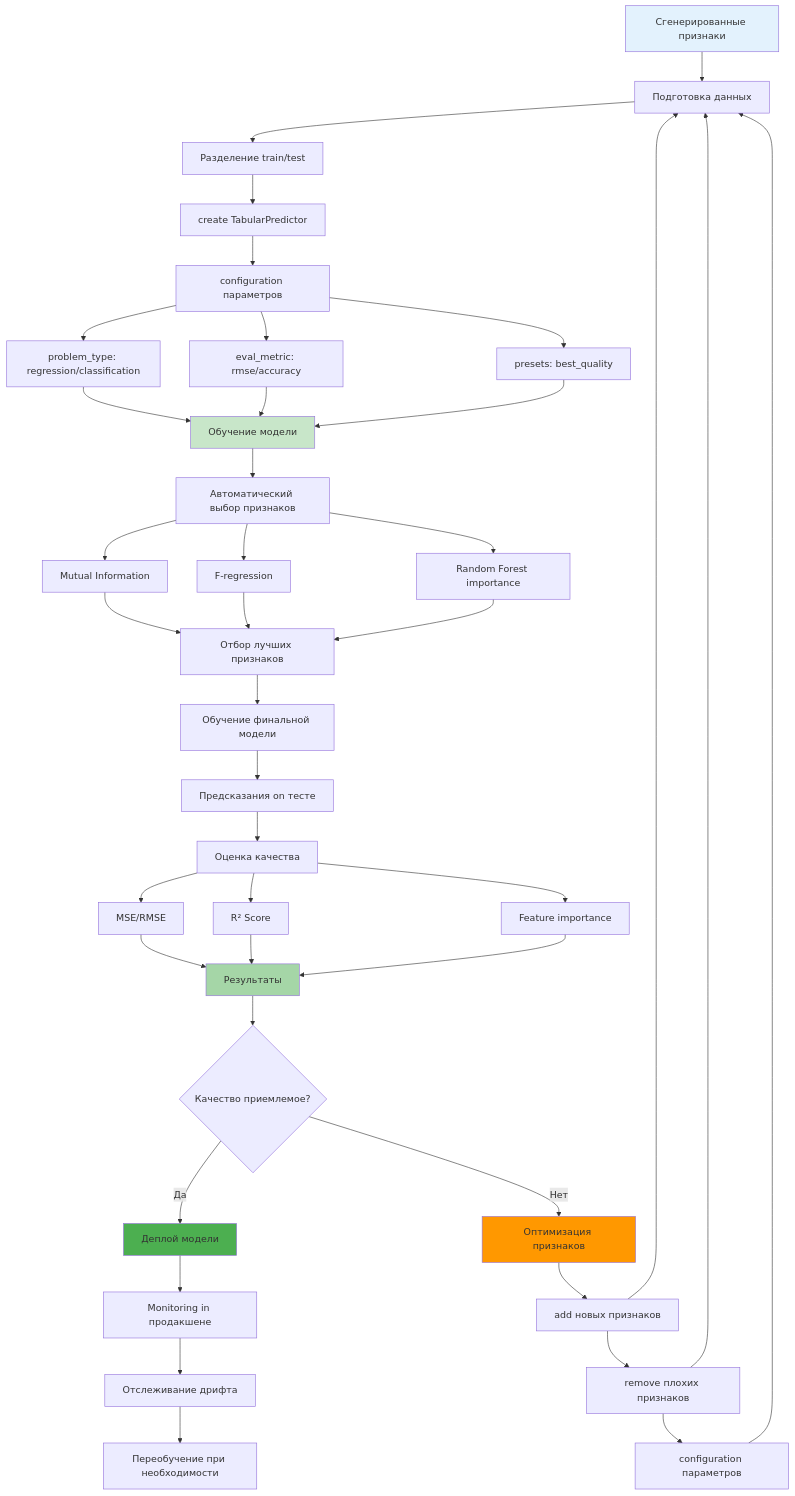
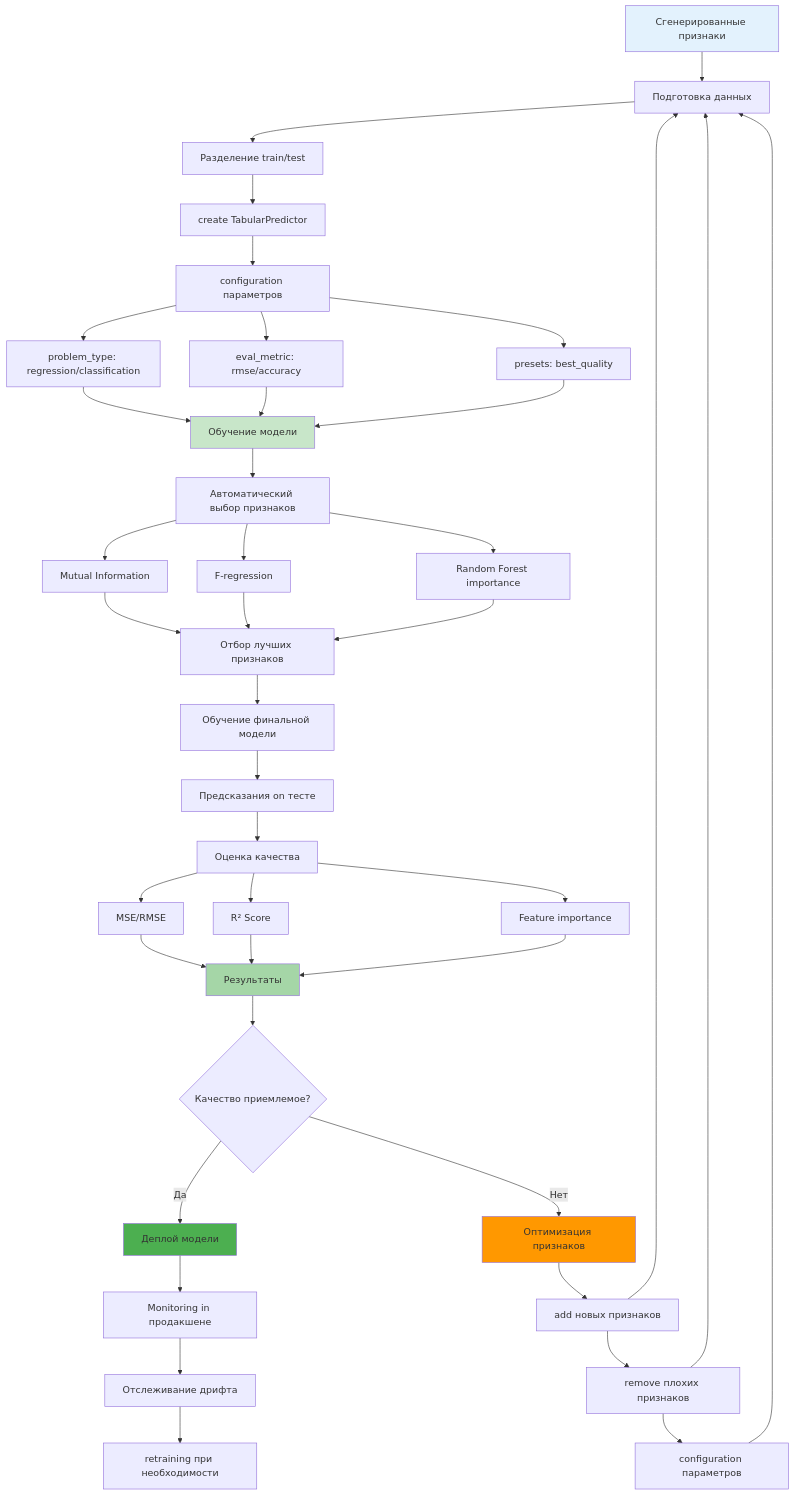
Before and after one commit to NeoZorK/neozork-hld-prediction: the eighth of 9 diagrams in docs/automl/gluon/28_feature_generation_advanced.md, drawn with Mermaid. The commit also changed other lines of this file and 88 other files, not shown here.

````diff
--- a/docs/automl/gluon/28_feature_generation_advanced.md
+++ b/docs/automl/gluon/28_feature_generation_advanced.md
@@ -1895,58 +1895,58 @@
 ```mermaid
 graph TD
 A[Сгенерированные признаки] --> B[Подготовка данных]
 B --> C[Разделение train/test]
  C --> D[create TabularPredictor]
 
 D --> E[configuration параметров]
  E --> F[problem_type: regression/classification]
  E --> G[eval_metric: rmse/accuracy]
  E --> H[presets: best_quality]
 
 F --> I[Обучение модели]
  G --> I
  H --> I
 
 I --> J[Автоматический выбор признаков]
  J --> K[Mutual Information]
  J --> L[F-regression]
  J --> M[Random Forest importance]
 
 K --> N[Отбор лучших признаков]
  L --> N
  M --> N
 
 N --> O[Обучение финальной модели]
 O --> P[Предсказания on тесте]
 P --> Q[Оценка качества]
 
  Q --> R[MSE/RMSE]
  Q --> S[R² Score]
  Q --> T[Feature importance]
 
 R --> U[Результаты]
  S --> U
  T --> U
 
 U --> V{Качество приемлемое?}
 V -->|Да| W[Деплой модели]
 V -->|Нет| X[Оптимизация признаков]
 
 X --> Y[add новых признаков]
 Y --> Z[remove плохих признаков]
 Z --> AA[configuration параметров]
 
  Y --> B
  Z --> B
  AA --> B
 
 W --> BB[Monitoring in продакшене]
 BB --> CC[Отслеживание дрифта]
-CC --> DD[Переобучение при необходимости]
+CC --> DD[retraining при необходимости]
 
  style A fill:#e3f2fd
  style I fill:#c8e6c9
  style U fill:#a5d6a7
  style W fill:#4caf50
  style X fill:#ff9800
 ```
````
